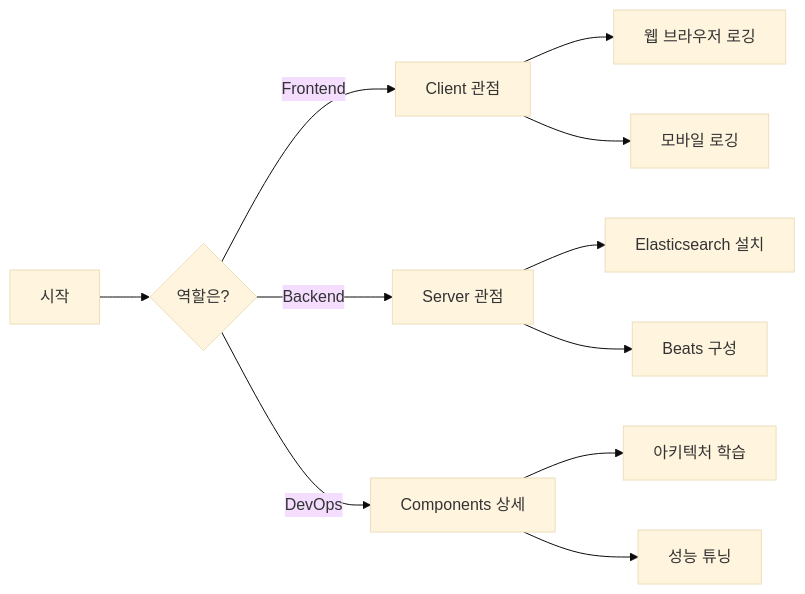
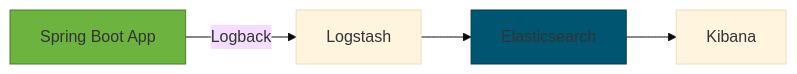
The first of 4 diagrams in study/ELK/README.md (adszzz11/study), drawn with Mermaid (base theme) before and after one commit. The commit also changed other lines of this file and 11 other files, not shown here.

````diff
--- a/study/ELK/README.md
+++ b/study/ELK/README.md
@@ -25,13 +27,9 @@
 ```mermaid
 graph LR
-    A[시작] --> B{역할은?}
-    B -->|Frontend| C[Client 관점]
-    B -->|Backend| D[Server 관점]
-    B -->|DevOps| E[Components 상세]
-    C --> F[웹 브라우저 로깅]
-    C --> G[모바일 로깅]
-    D --> H[Elasticsearch 설치]
-    D --> I[Beats 구성]
-    E --> J[아키텍처 학습]
-    E --> K[성능 튜닝]
+    A[Spring Boot App] -->|Logback| B[Logstash]
+    B --> C[Elasticsearch]
+    C --> D[Kibana]
+
+    style A fill:#6db33f,stroke:#4a7c2f
+    style C fill:#005571,stroke:#003d4d
 ```
````
